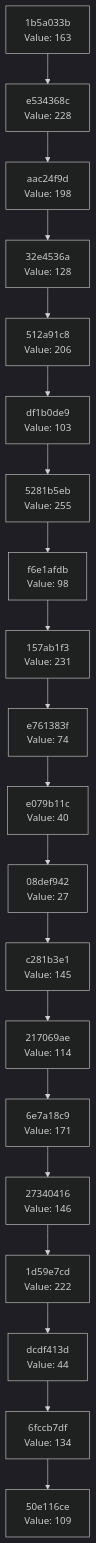
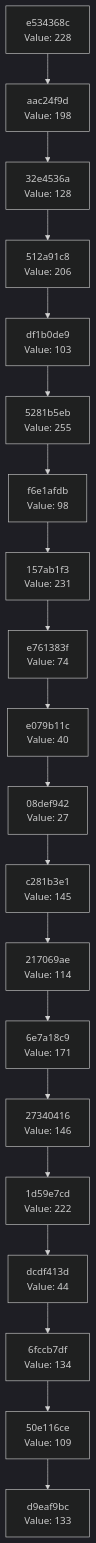
The diagram in docs/CHAIN_VISUALIZATION.md (Abhisheksinha1506/hash-chain-evolver), drawn with Mermaid (dark theme) before and after one commit. The commit also changed 3 other files, not shown here.

````diff
--- a/docs/CHAIN_VISUALIZATION.md
+++ b/docs/CHAIN_VISUALIZATION.md
@@ -3,42 +3,42 @@
 ```mermaid
 graph TD
-    C0["50e116ce<br/>Value: 109"]
-    C1["6fccb7df<br/>Value: 134"]
+    C0["d9eaf9bc<br/>Value: 133"]
+    C1["50e116ce<br/>Value: 109"]
     C1 --> C0
-    C2["dcdf413d<br/>Value: 44"]
+    C2["6fccb7df<br/>Value: 134"]
     C2 --> C1
-    C3["1d59e7cd<br/>Value: 222"]
+    C3["dcdf413d<br/>Value: 44"]
     C3 --> C2
-    C4["27340416<br/>Value: 146"]
+    C4["1d59e7cd<br/>Value: 222"]
     C4 --> C3
-    C5["6e7a18c9<br/>Value: 171"]
+    C5["27340416<br/>Value: 146"]
     C5 --> C4
-    C6["217069ae<br/>Value: 114"]
+    C6["6e7a18c9<br/>Value: 171"]
     C6 --> C5
-    C7["c281b3e1<br/>Value: 145"]
+    C7["217069ae<br/>Value: 114"]
     C7 --> C6
-    C8["08def942<br/>Value: 27"]
+    C8["c281b3e1<br/>Value: 145"]
     C8 --> C7
-    C9["e079b11c<br/>Value: 40"]
+    C9["08def942<br/>Value: 27"]
     C9 --> C8
-    C10["e761383f<br/>Value: 74"]
+    C10["e079b11c<br/>Value: 40"]
     C10 --> C9
-    C11["157ab1f3<br/>Value: 231"]
+    C11["e761383f<br/>Value: 74"]
     C11 --> C10
-    C12["f6e1afdb<br/>Value: 98"]
+    C12["157ab1f3<br/>Value: 231"]
     C12 --> C11
-    C13["5281b5eb<br/>Value: 255"]
+    C13["f6e1afdb<br/>Value: 98"]
     C13 --> C12
-    C14["df1b0de9<br/>Value: 103"]
+    C14["5281b5eb<br/>Value: 255"]
     C14 --> C13
-    C15["512a91c8<br/>Value: 206"]
+    C15["df1b0de9<br/>Value: 103"]
     C15 --> C14
-    C16["32e4536a<br/>Value: 128"]
+    C16["512a91c8<br/>Value: 206"]
     C16 --> C15
-    C17["aac24f9d<br/>Value: 198"]
+    C17["32e4536a<br/>Value: 128"]
     C17 --> C16
-    C18["e534368c<br/>Value: 228"]
+    C18["aac24f9d<br/>Value: 198"]
     C18 --> C17
-    C19["1b5a033b<br/>Value: 163"]
+    C19["e534368c<br/>Value: 228"]
     C19 --> C18
 ```
````
